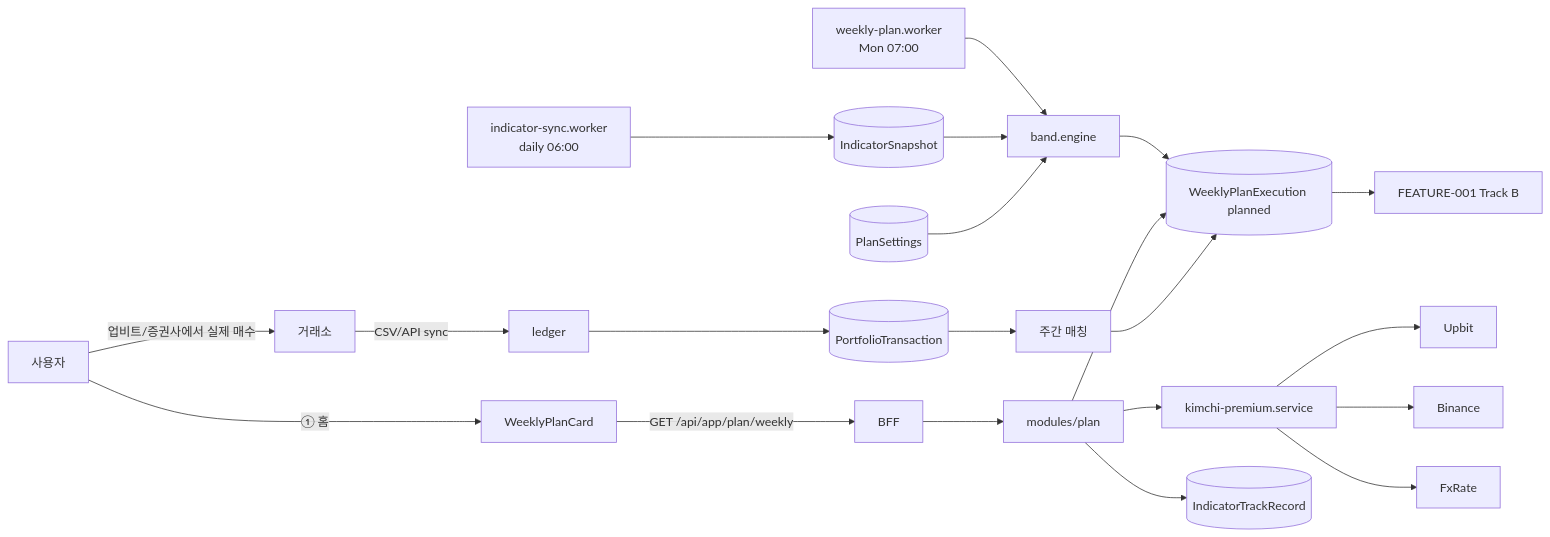
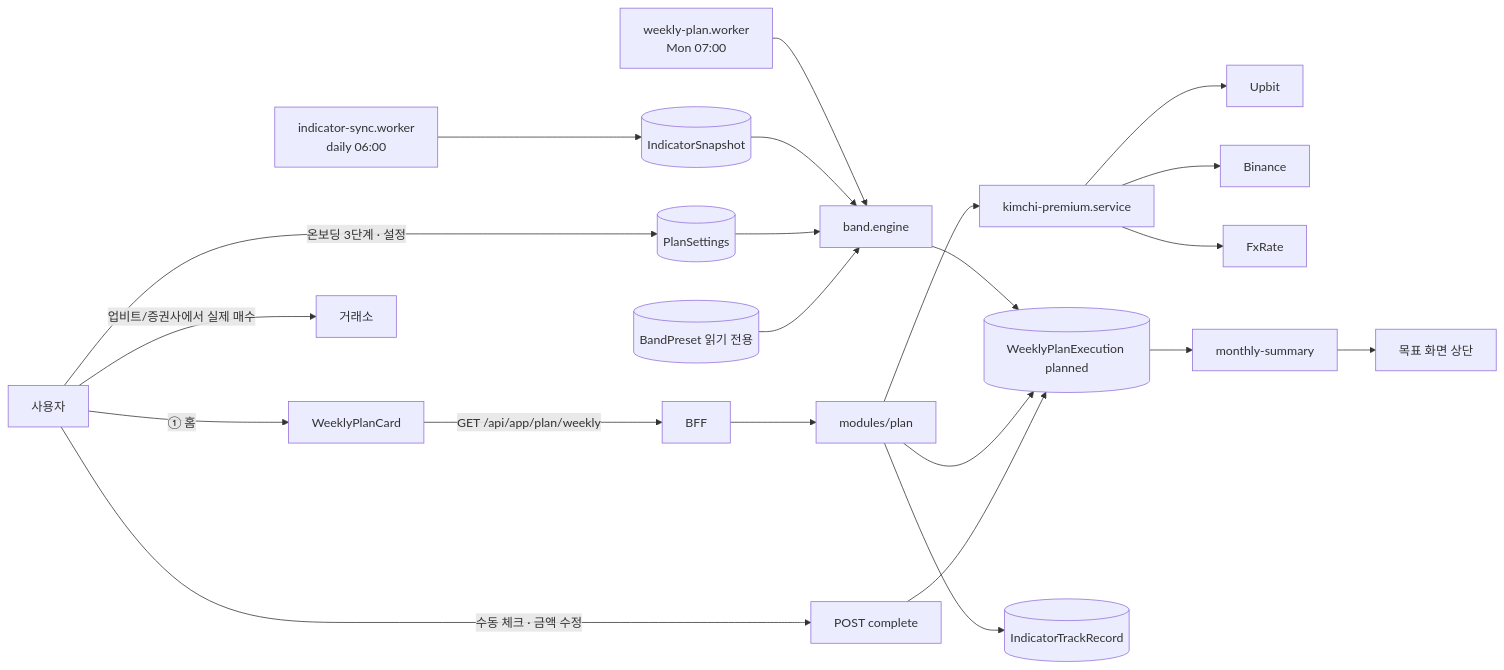
The diagram in pm/requirements/specs/in-progress/FEATURE-003-valuation-band-accumulation.md (kwangyoulsagong/SALT), drawn with Mermaid before and after one commit. The commit also changed other lines of this file and 39 other files, not shown here.

````diff
--- a/pm/requirements/specs/in-progress/FEATURE-003-valuation-band-accumulation.md
+++ b/pm/requirements/specs/in-progress/FEATURE-003-valuation-band-accumulation.md
@@ -171,18 +196,19 @@
 ```mermaid
 flowchart LR
   W1[indicator-sync.worker<br/>daily 06:00] --> IS[(IndicatorSnapshot)]
   W2[weekly-plan.worker<br/>Mon 07:00] --> BE[band.engine]
   IS --> BE
   PS[(PlanSettings)] --> BE
   BE --> WPE[(WeeklyPlanExecution planned)]
   U[사용자] -->|① 홈| FE[WeeklyPlanCard]
   FE -->|GET /api/app/plan/weekly| BFF --> PSV[modules/plan]
   PSV --> WPE
   PSV --> KP[kimchi-premium.service]
   KP --> UPB[Upbit] & BIN[Binance] & FX[FxRate]
   PSV --> TR[(IndicatorTrackRecord)]
   U -->|업비트/증권사에서 실제 매수| EXT[거래소]
-  EXT -->|CSV/API sync| LG[ledger] --> TX[(PortfolioTransaction)]
-  TX --> MT[주간 매칭] --> WPE
-  WPE --> INV[FEATURE-001 Track B]
+  U -->|수동 체크 · 금액 수정| CP[POST complete] --> WPE
+  U -->|온보딩 3단계 · 설정| PS
+  BP[(BandPreset 읽기 전용)] --> BE
+  WPE --> MS[monthly-summary] --> GO[목표 화면 상단]
 ```
````
